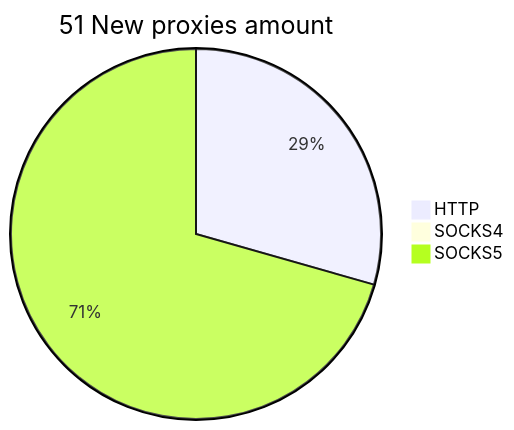
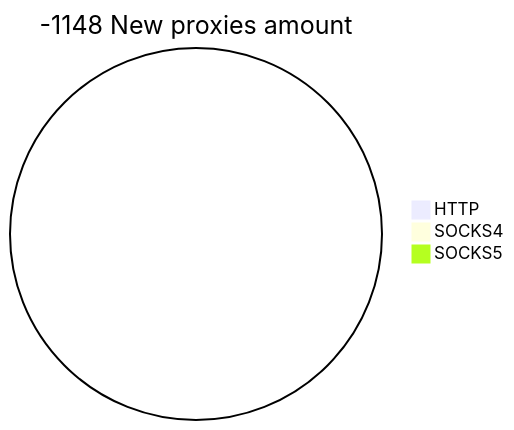
The second of 2 diagrams in README.md (cutipu/proxylist), drawn with Mermaid before and after one commit. The commit also changed other lines of this file, not shown here.

````diff
--- a/README.md
+++ b/README.md
@@ -10,6 +10,6 @@
 ```mermaid
-pie title 51 New proxies amount
-    "HTTP" : 15
+pie title -1148 New proxies amount
+    "HTTP" : 0
     "SOCKS4" : 0
-    "SOCKS5" : 36
+    "SOCKS5" : 0
 ```
````
